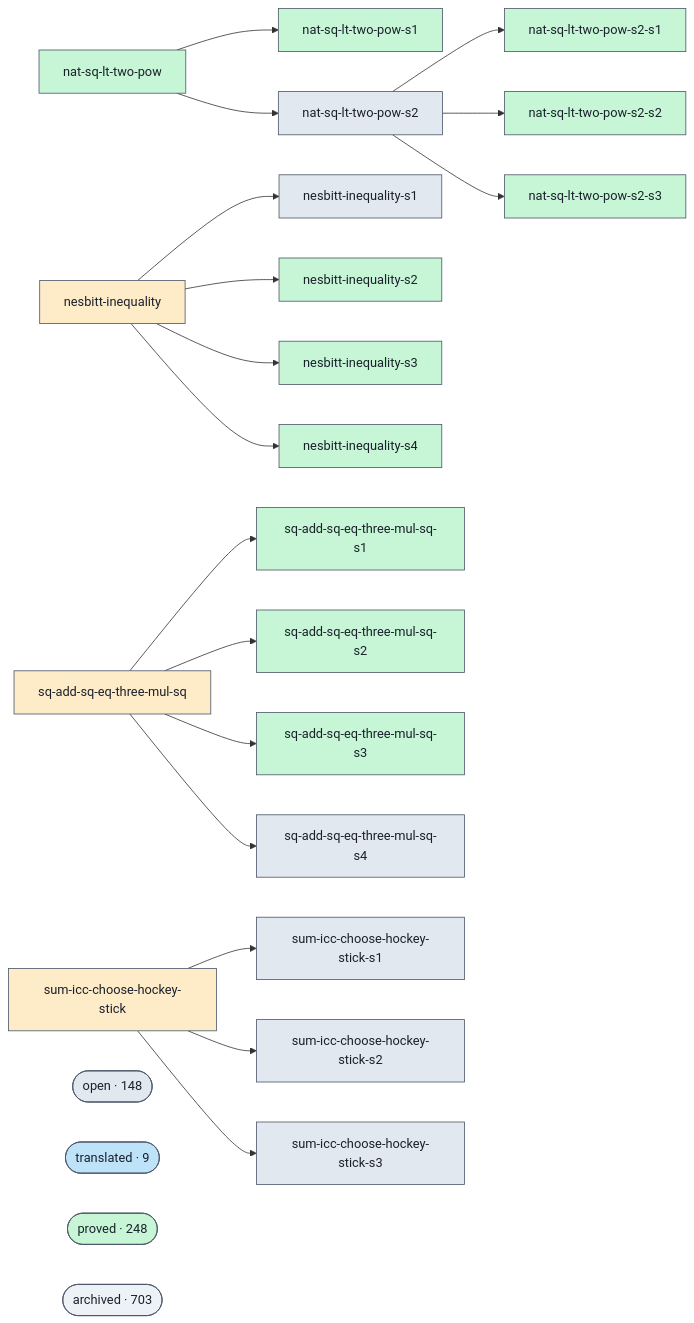
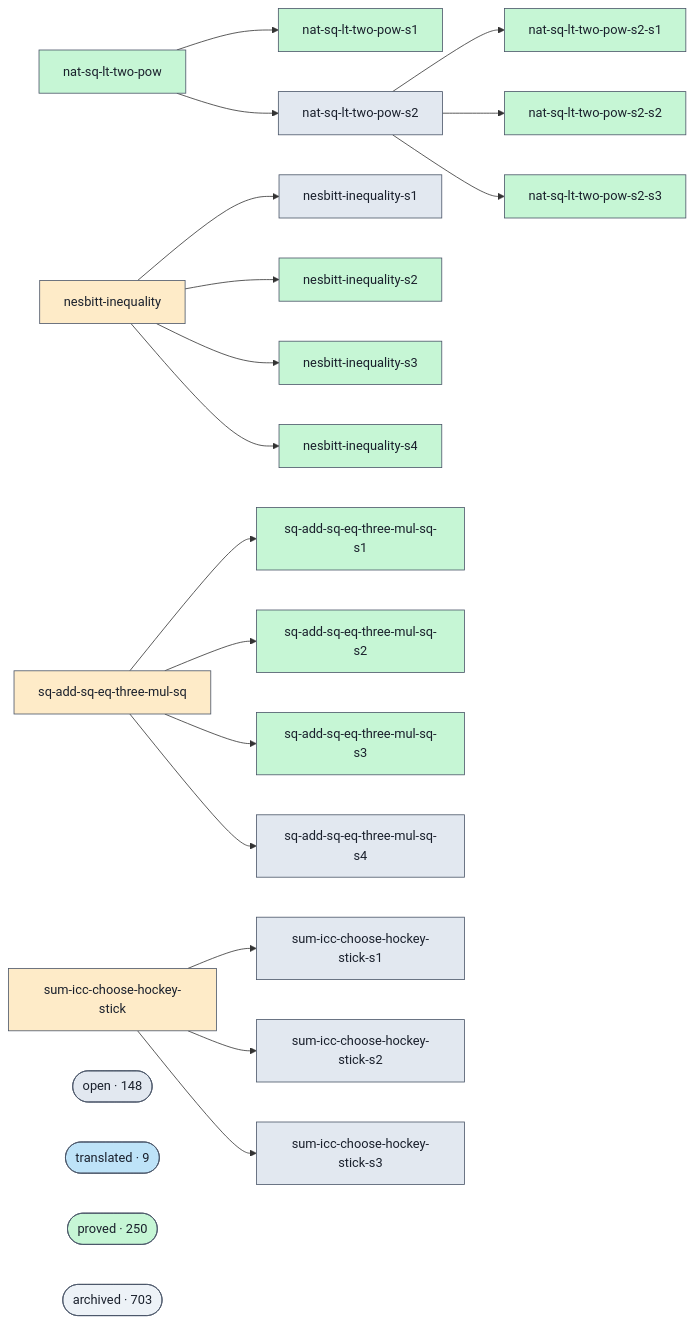
The diagram in docs/proofs-contributors-visualisation.md (ohdearquant/unsorry), drawn with Mermaid before and after one commit. The commit also changed other lines of this file and 2 other files, not shown here.

```diff
--- a/docs/proofs-contributors-visualisation.md
+++ b/docs/proofs-contributors-visualisation.md
@@ -102,7 +102,7 @@
   class cluster_open open;
   cluster_translated(["translated · 9"])
   class cluster_translated translated;
-  cluster_proved(["proved · 248"])
+  cluster_proved(["proved · 250"])
   class cluster_proved proved;
   cluster_archived(["archived · 703"])
   class cluster_archived unknown;
```
